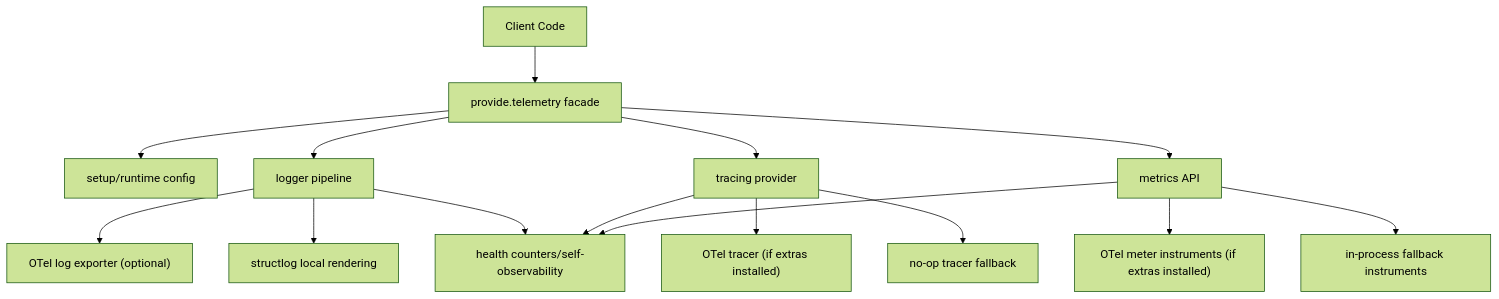
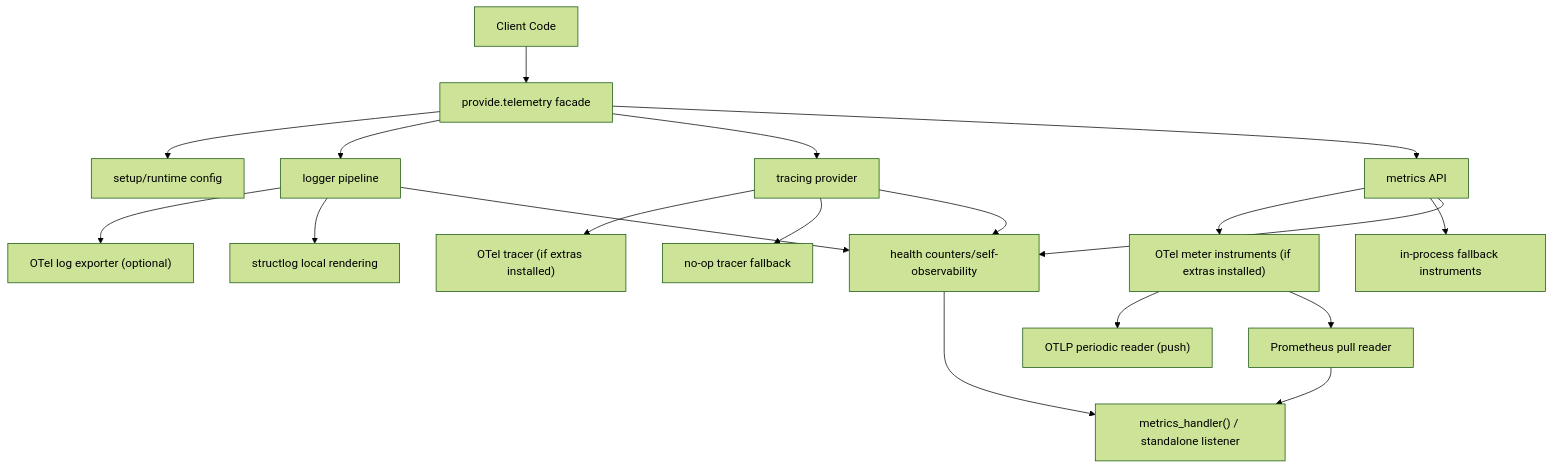
Before and after one commit to provide-io/provide-telemetry: the first of 5 diagrams in docs/internal/architecture.md, drawn with Mermaid (forest theme). The commit also changed other lines of this file and 393 other files, not shown here.

````diff
--- a/docs/internal/architecture.md
+++ b/docs/internal/architecture.md
@@ -26,17 +28,21 @@
 ```mermaid
 flowchart TD
   A["Client Code"] --> B["provide.telemetry facade"]
   B --> C["setup/runtime config"]
   B --> D["logger pipeline"]
   B --> E["tracing provider"]
   B --> F["metrics API"]
   D --> G["OTel log exporter (optional)"]
   D --> H["structlog local rendering"]
   E --> I["OTel tracer (if extras installed)"]
   E --> J["no-op tracer fallback"]
   F --> K["OTel meter instruments (if extras installed)"]
   F --> L["in-process fallback instruments"]
+  K --> K1["OTLP periodic reader (push)"]
+  K --> K2["Prometheus pull reader"]
+  K2 --> K3["metrics_handler() / standalone listener"]
+  M --> K3
   D --> M["health counters/self-observability"]
   E --> M
   F --> M
 ```
````
